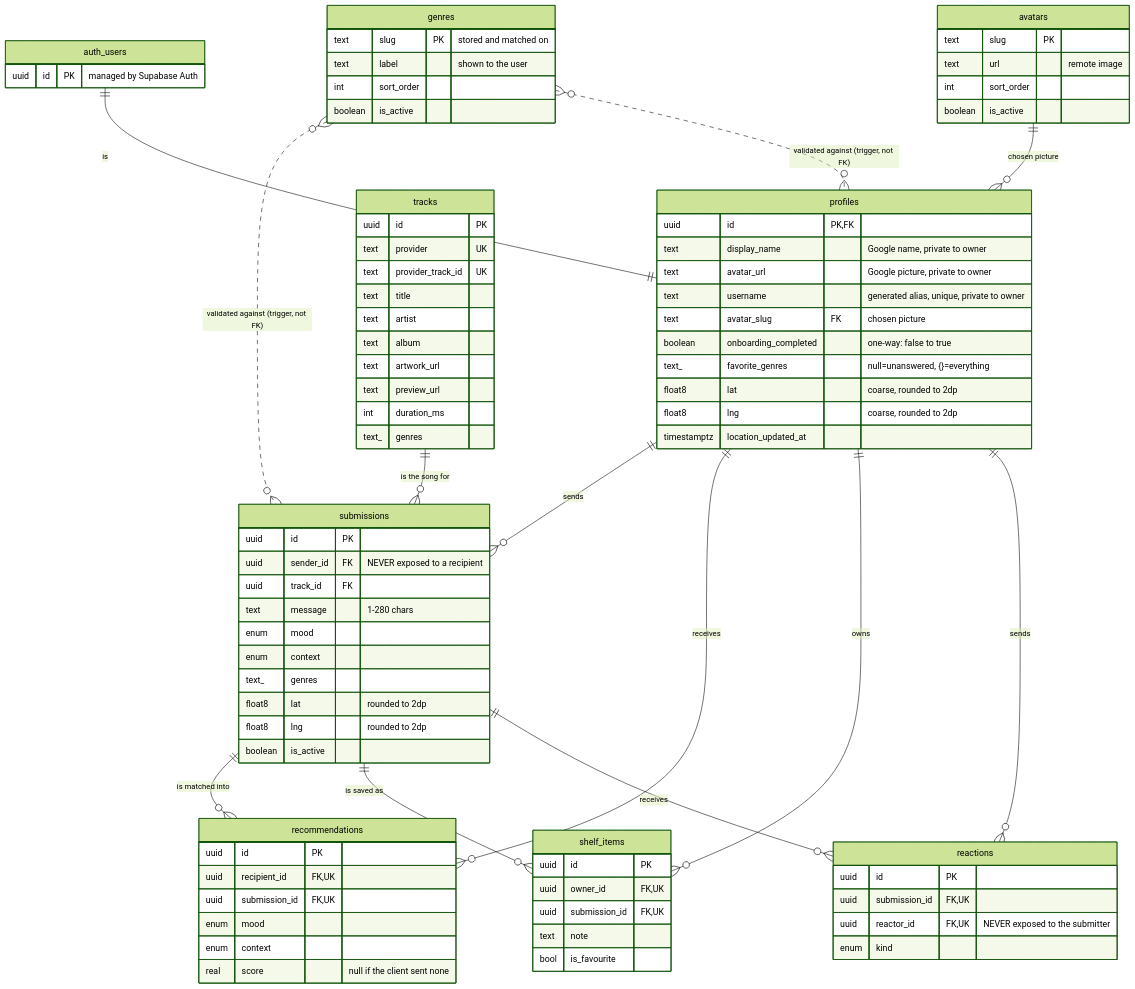
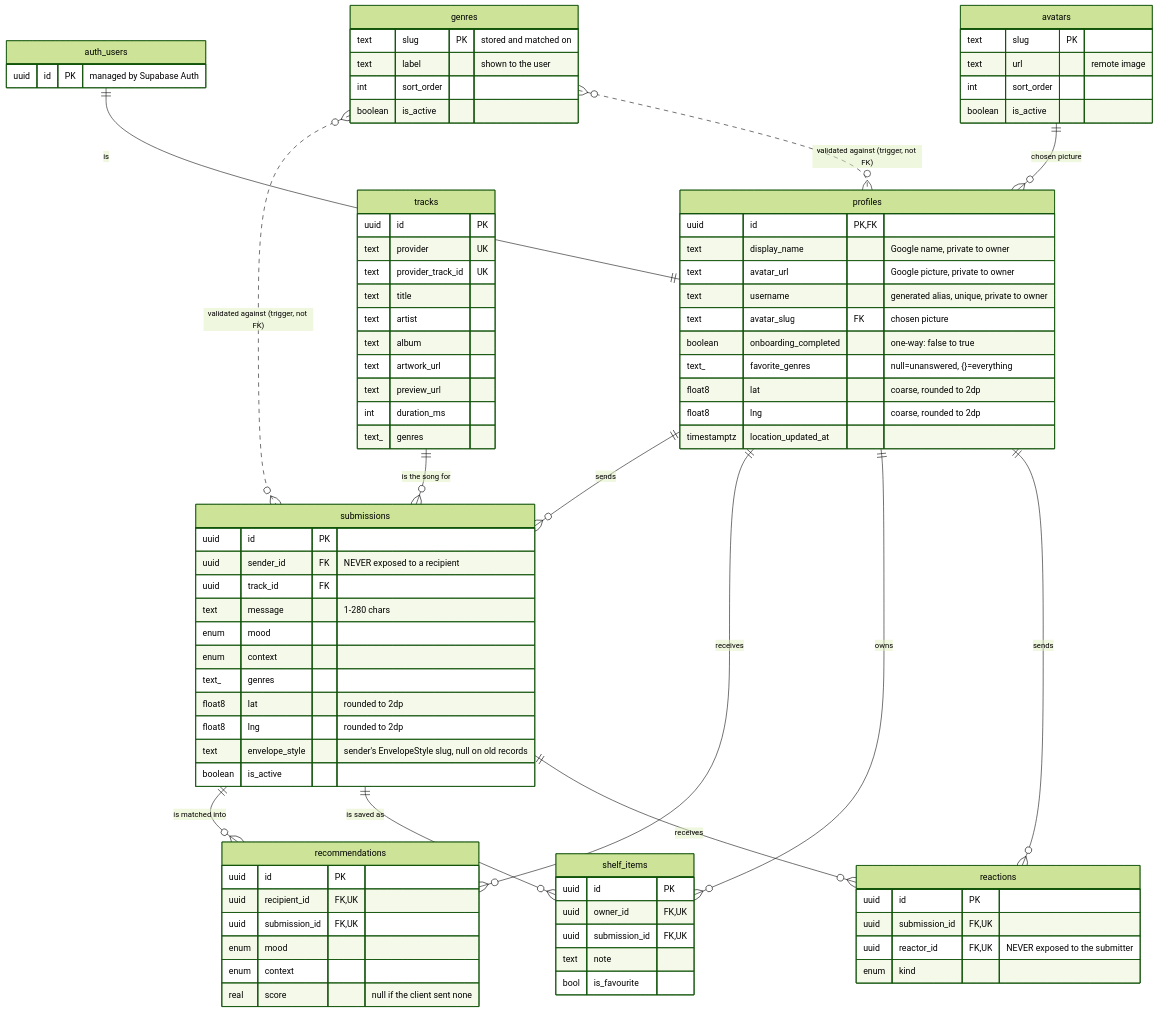
Before and after one commit to killlel/comp90018: the diagram in docs/database.md, drawn with Mermaid (forest theme). The commit also changed other lines of this file and 15 other files, not shown here.

Commit message:
Added envelope to supabase migration/submission table, changed the style of envelope in receive flow, updated documentation and README

```diff
--- a/docs/database.md
+++ b/docs/database.md
@@ -123,6 +124,7 @@
         text_   genres
         float8  lat        "rounded to 2dp"
         float8  lng        "rounded to 2dp"
+        text    envelope_style "sender's EnvelopeStyle slug, null on old records"
         boolean is_active
     }
     recommendations {
```
